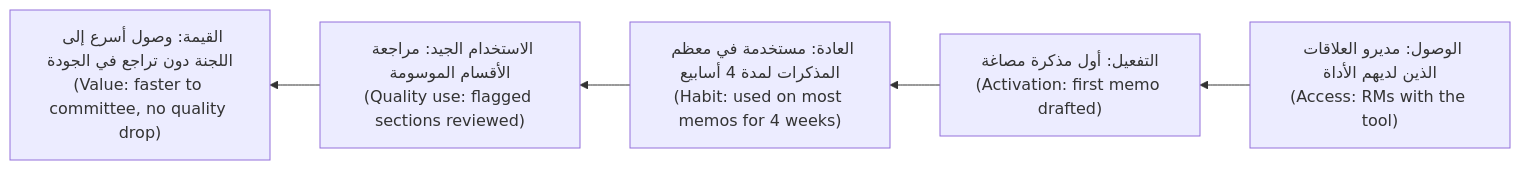
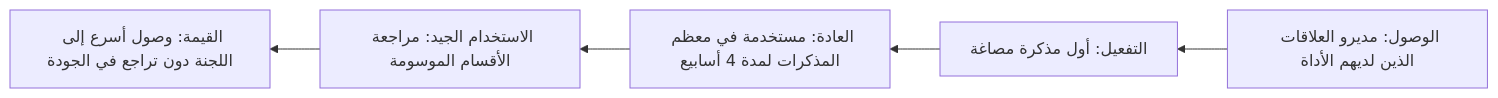
The third of 3 diagrams in aipm/modules/07-launch.ar.md (Tamoura/system-design-for-vibe-coders), drawn with Mermaid before and after one commit. The commit also changed other lines of this file and 551 other files, not shown here.

````diff
--- a/aipm/modules/07-launch.ar.md
+++ b/aipm/modules/07-launch.ar.md
@@ -521,7 +538,7 @@
 ```mermaid
 flowchart RL
-    A["الوصول: مديرو العلاقات الذين لديهم الأداة<br/>(Access: RMs with the tool)"] --> B["التفعيل: أول مذكرة مصاغة<br/>(Activation: first memo drafted)"]
-    B --> C["العادة: مستخدمة في معظم المذكرات لمدة 4 أسابيع<br/>(Habit: used on most memos for 4 weeks)"]
-    C --> D["الاستخدام الجيد: مراجعة الأقسام الموسومة<br/>(Quality use: flagged sections reviewed)"]
-    D --> E["القيمة: وصول أسرع إلى اللجنة دون تراجع في الجودة<br/>(Value: faster to committee, no quality drop)"]
+    A["الوصول: مديرو العلاقات الذين لديهم الأداة"] --> B["التفعيل: أول مذكرة مصاغة"]
+    B --> C["العادة: مستخدمة في معظم المذكرات لمدة 4 أسابيع"]
+    C --> D["الاستخدام الجيد: مراجعة الأقسام الموسومة"]
+    D --> E["القيمة: وصول أسرع إلى اللجنة دون تراجع في الجودة"]
 ```
````
